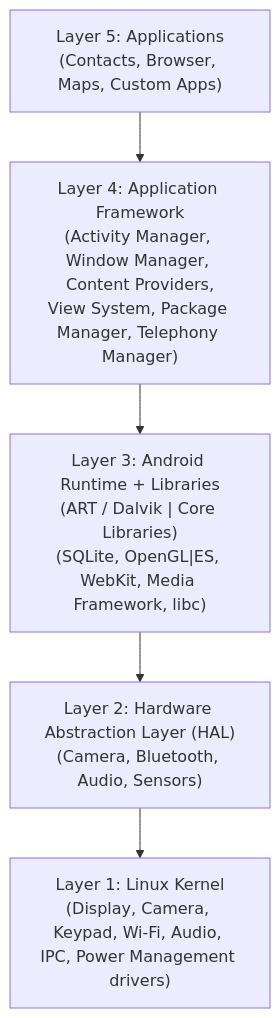
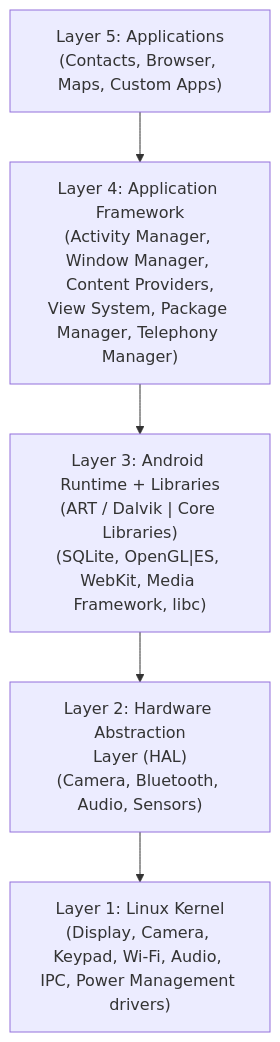
Before and after one commit to amitdevx/TY: the first of 5 diagrams in 02-Semester-VI/CS-357-MJ-T-Android-Programming/Revision.md, drawn with Mermaid. The commit also changed other lines of this file and 65 other files, not shown here.

Commit message:
fix:graph vertical

````diff
--- a/02-Semester-VI/CS-357-MJ-T-Android-Programming/Revision.md
+++ b/02-Semester-VI/CS-357-MJ-T-Android-Programming/Revision.md
@@ -24,9 +24,9 @@
 ```mermaid
 graph TD
     A["Layer 5: Applications<br/>(Contacts, Browser, Maps, Custom Apps)"]
     B["Layer 4: Application Framework<br/>(Activity Manager, Window Manager, Content Providers,<br/>View System, Package Manager, Telephony Manager)"]
     C["Layer 3: Android Runtime + Libraries<br/>(ART / Dalvik | Core Libraries)<br/>(SQLite, OpenGL|ES, WebKit, Media Framework, libc)"]
-    D["Layer 2: Hardware Abstraction Layer (HAL)<br/>(Camera, Bluetooth, Audio, Sensors)"]
+    D["Layer 2: Hardware Abstraction<br/>Layer (HAL)<br/>(Camera, Bluetooth, Audio, Sensors)"]
     E["Layer 1: Linux Kernel<br/>(Display, Camera, Keypad, Wi-Fi, Audio, IPC, Power Management drivers)"]
     A --> B --> C --> D --> E
 ```
````
